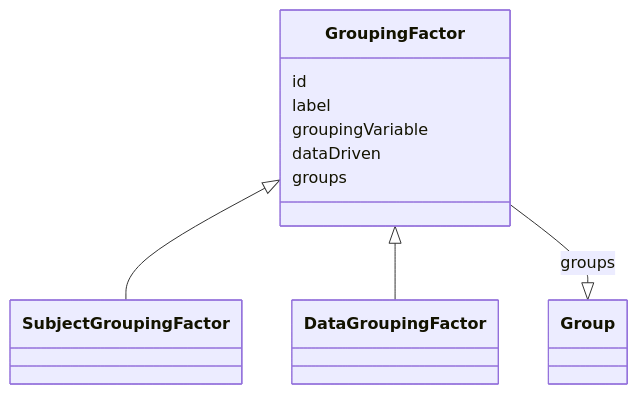
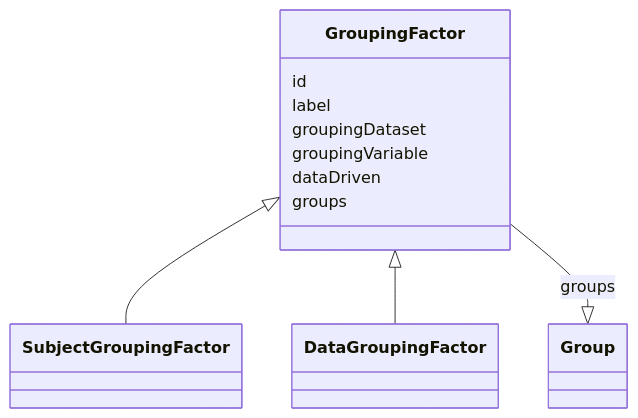
Before and after one commit to cdisc-org/analysis-results-standard: the diagram in project/docs/GroupingFactor.md, drawn with Mermaid. The commit also changed other lines of this file and 132 other files, not shown here.

````diff
--- a/project/docs/GroupingFactor.md
+++ b/project/docs/GroupingFactor.md
@@ -13,13 +13,14 @@
 ```mermaid
  classDiagram
     class GroupingFactor
       GroupingFactor <|-- SubjectGroupingFactor
       GroupingFactor <|-- DataGroupingFactor
       GroupingFactor : id        
         GroupingFactor : label        
+        GroupingFactor : groupingDataset        
         GroupingFactor : groupingVariable        
         GroupingFactor : dataDriven        
         GroupingFactor : groups        
         GroupingFactor --|> Group : groups
         
 ```
````
